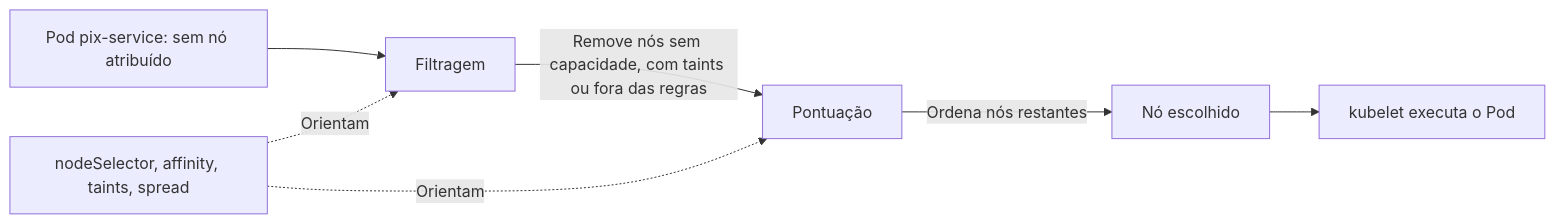
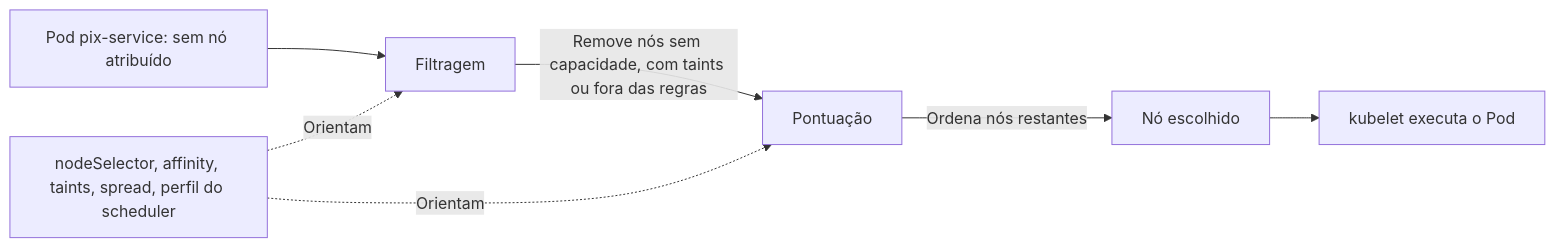
One commit to alancesar/design-patterns changed the diagram in docs/architecture/kubernetes-patterns/foundational/automated-placement.md. Above: the diagram before and after it, drawn with Mermaid. The commit also changed other lines of this file and 47 other files, not shown here.

````diff
--- a/docs/architecture/kubernetes-patterns/foundational/automated-placement.md
+++ b/docs/architecture/kubernetes-patterns/foundational/automated-placement.md
@@ -61,9 +68,9 @@
 ```mermaid
 flowchart LR
     P["Pod pix-service: sem nó atribuído"] --> F["Filtragem"]
     F -->|"Remove nós sem capacidade, com taints ou fora das regras"| SC["Pontuação"]
     SC -->|"Ordena nós restantes"| B["Nó escolhido"]
     B --> K["kubelet executa o Pod"]
-    AF["nodeSelector, affinity, taints, spread"] -.->|"Orientam"| F
+    AF["nodeSelector, affinity, taints, spread, perfil do scheduler"] -.->|"Orientam"| F
     AF -.->|"Orientam"| SC
 ```
````
